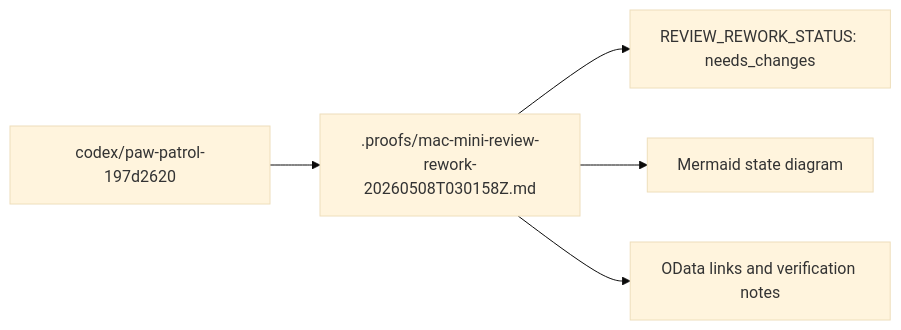
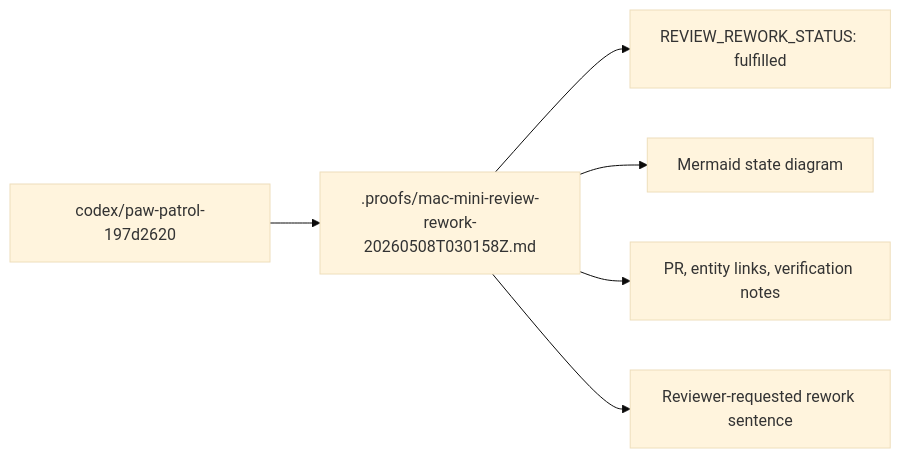
The second of 2 diagrams in .proofs/mac-mini-review-rework-20260508T030158Z.md (nerdsane/openpaw), drawn with Mermaid (base theme) before and after one commit. The commit also changed other lines of this file, not shown here.

````diff
--- a/.proofs/mac-mini-review-rework-20260508T030158Z.md
+++ b/.proofs/mac-mini-review-rework-20260508T030158Z.md
@@ -48,7 +50,8 @@
 ```mermaid
 flowchart LR
     Branch["codex/paw-patrol-197d2620"] --> Proof[".proofs/mac-mini-review-rework-20260508T030158Z.md"]
-    Proof --> Marker["REVIEW_REWORK_STATUS: needs_changes"]
+    Proof --> Marker["REVIEW_REWORK_STATUS: fulfilled"]
     Proof --> Mermaid["Mermaid state diagram"]
-    Proof --> Evidence["OData links and verification notes"]
+    Proof --> Evidence["PR, entity links, verification notes"]
+    Proof --> Rework["Reviewer-requested rework sentence"]
 ```
````
